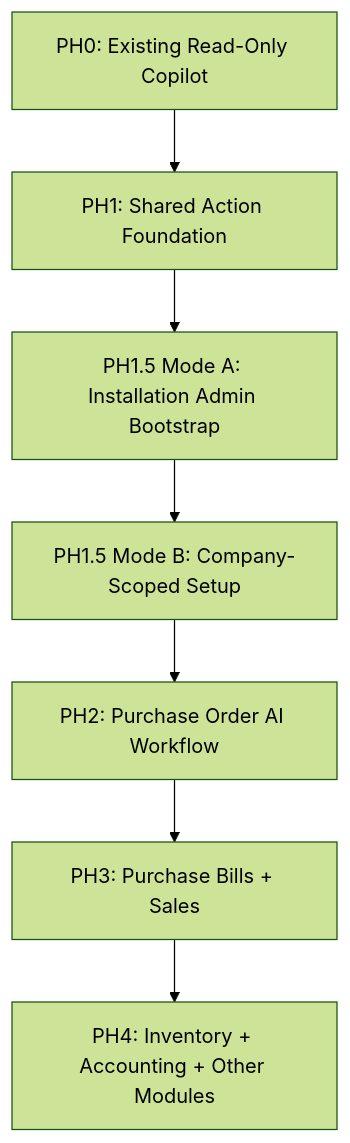
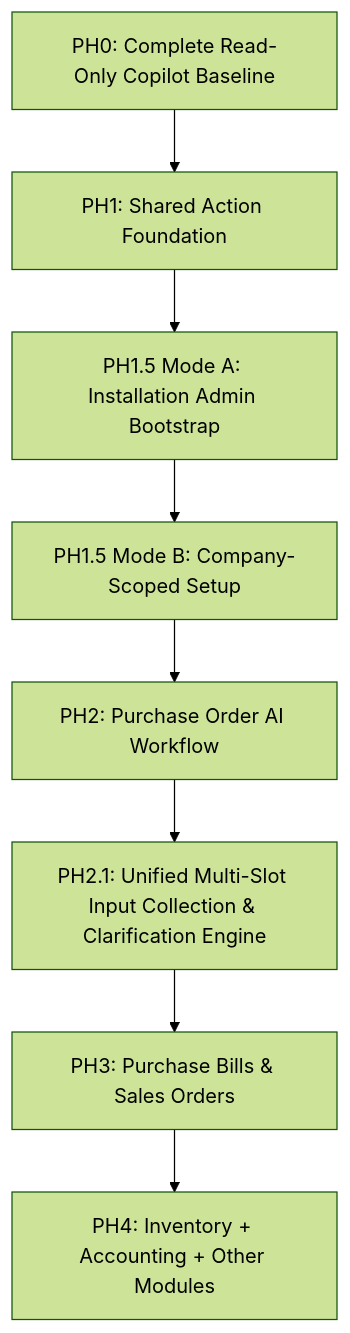
One commit to vigneshsinna/zolo-erp-pro changed the diagram in docs/zoloerp-ai-agent-implementation/docs/ai/20_DELIVERY_BACKLOG.md. Above: the diagram before and after it, drawn with Mermaid (forest theme). The commit also changed other lines of this file and 15 other files, not shown here.

Commit message:
fix(ai): resolve AI_INTERNAL_ERROR in chat copilot and harden clarification workflow

````diff
--- a/docs/zoloerp-ai-agent-implementation/docs/ai/20_DELIVERY_BACKLOG.md
+++ b/docs/zoloerp-ai-agent-implementation/docs/ai/20_DELIVERY_BACKLOG.md
@@ -10,9 +10,10 @@
 ```mermaid
 flowchart TD
-    PH0["PH0: Existing Read-Only Copilot"] --> PH1["PH1: Shared Action Foundation"]
+    PH0["PH0: Complete Read-Only Copilot Baseline"] --> PH1["PH1: Shared Action Foundation"]
     PH1 --> PH15A["PH1.5 Mode A: Installation Admin Bootstrap"]
     PH15A --> PH15B["PH1.5 Mode B: Company-Scoped Setup"]
     PH15B --> PH2["PH2: Purchase Order AI Workflow"]
-    PH2 --> PH3["PH3: Purchase Bills + Sales"]
+    PH2 --> PH21["PH2.1: Unified Multi-Slot Input Collection & Clarification Engine"]
+    PH21 --> PH3["PH3: Purchase Bills & Sales Orders"]
     PH3 --> PH4["PH4: Inventory + Accounting + Other Modules"]
 ```
````
